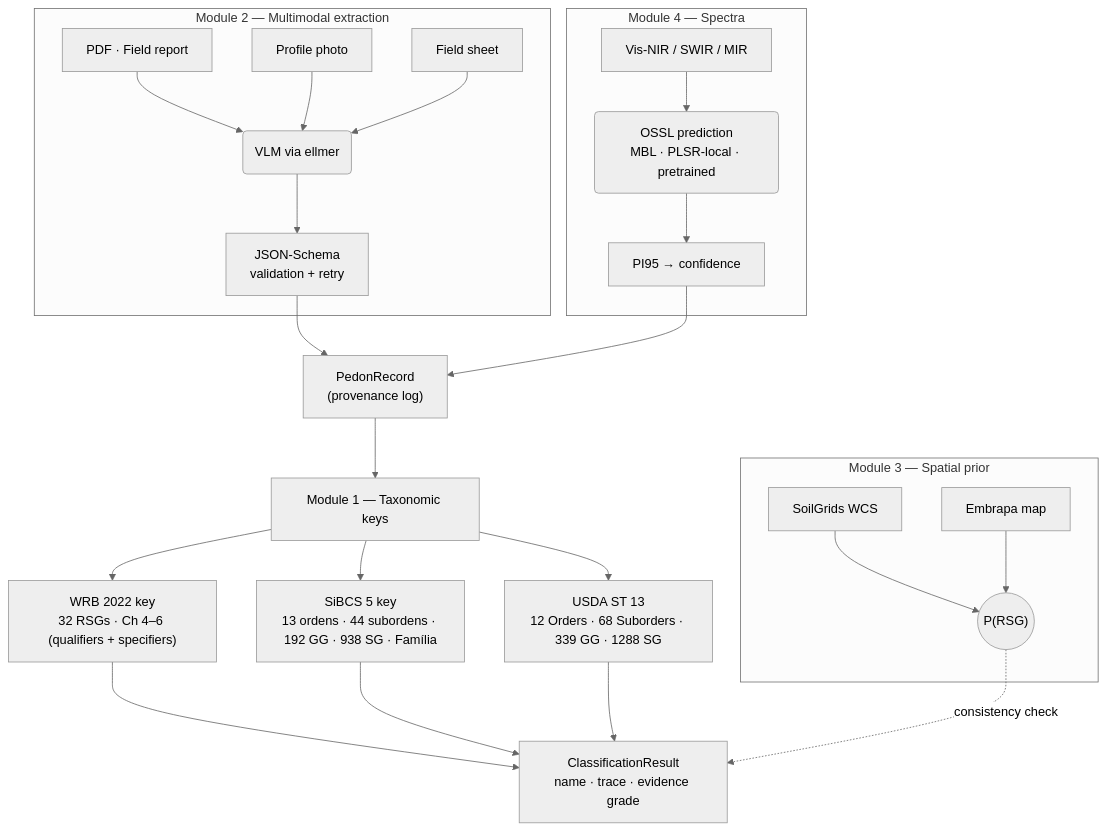
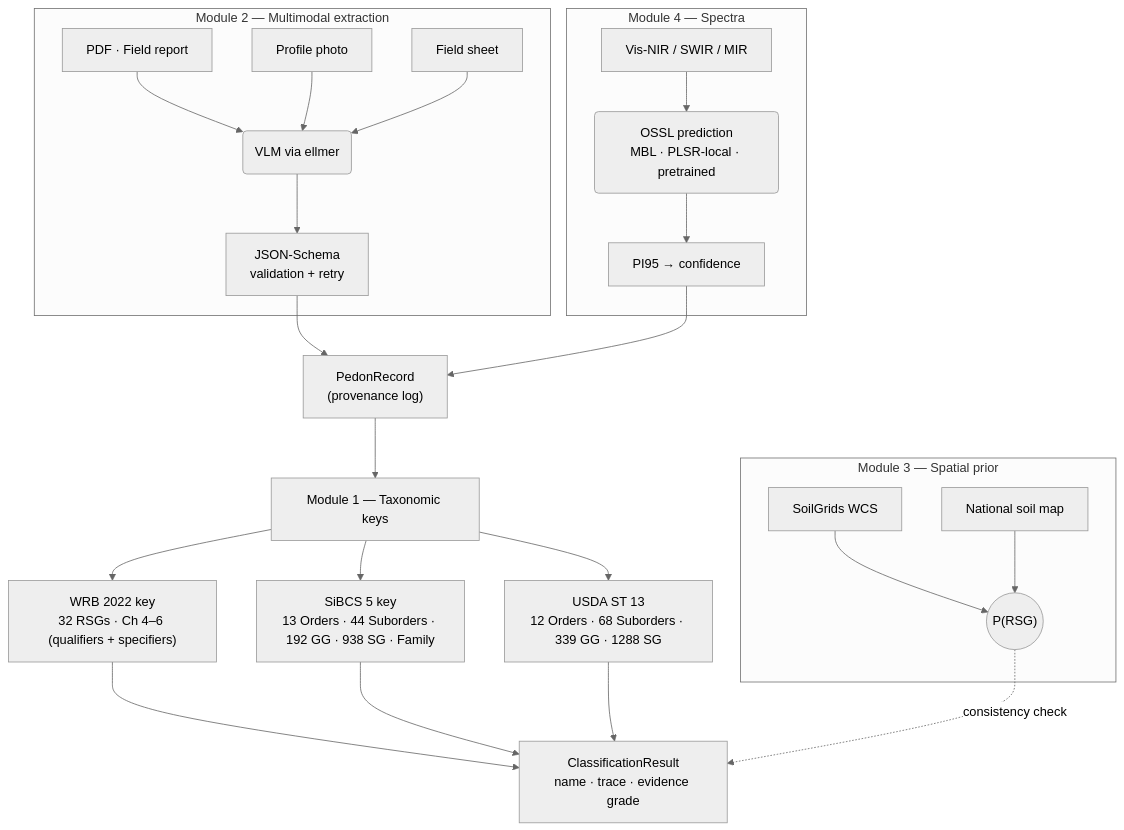
One commit to HugoMachadoRodrigues/soilKey changed the diagram in README.md. Above: the diagram before and after it, drawn with Mermaid (neutral theme). The commit also changed other lines of this file and 5 other files, not shown here.

````diff
--- a/README.md
+++ b/README.md
@@ -103,32 +130,32 @@
 ```mermaid
 flowchart TB
   subgraph M2["Module 2 — Multimodal extraction"]
     A[PDF · Field report] --> V(VLM via ellmer)
     B[Profile photo]      --> V
     C[Field sheet]        --> V
     V --> J["JSON-Schema<br/>validation + retry"]
   end
 
   subgraph M4["Module 4 — Spectra"]
     K[Vis-NIR / SWIR / MIR] --> O("OSSL prediction<br/>MBL · PLSR-local · pretrained")
     O --> P["PI95 → confidence"]
   end
 
   subgraph M3["Module 3 — Spatial prior"]
     S[SoilGrids WCS]   --> R(("P(RSG)"))
-    EM[Embrapa map]    --> R
+    EM[National soil map]    --> R
   end
 
   J --> PR["PedonRecord<br/>(provenance log)"]
   P --> PR
 
   PR --> M1["Module 1 — Taxonomic keys"]
   M1 --> W["WRB 2022 key<br/>32 RSGs · Ch 4–6 (qualifiers + specifiers)"]
-  M1 --> SC["SiBCS 5 key<br/>13 ordens · 44 subordens · 192 GG · 938 SG · Família"]
+  M1 --> SC["SiBCS 5 key<br/>13 Orders · 44 Suborders · 192 GG · 938 SG · Family"]
   M1 --> U["USDA ST 13<br/>12 Orders · 68 Suborders · 339 GG · 1288 SG"]
 
   W --> CR["ClassificationResult<br/>name · trace · evidence grade"]
   SC --> CR
   U --> CR
   R -.consistency check.-> CR
 ```
````
